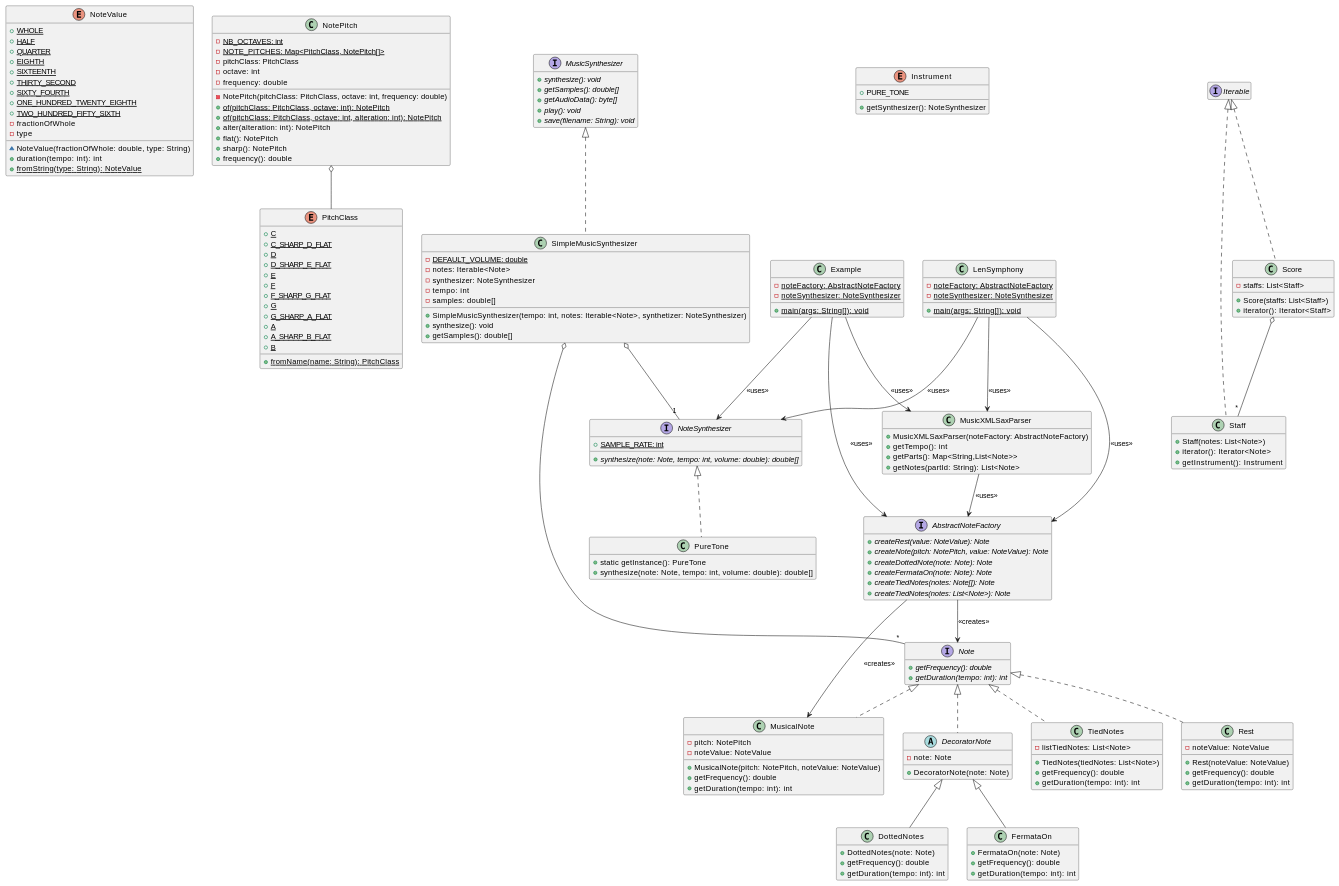
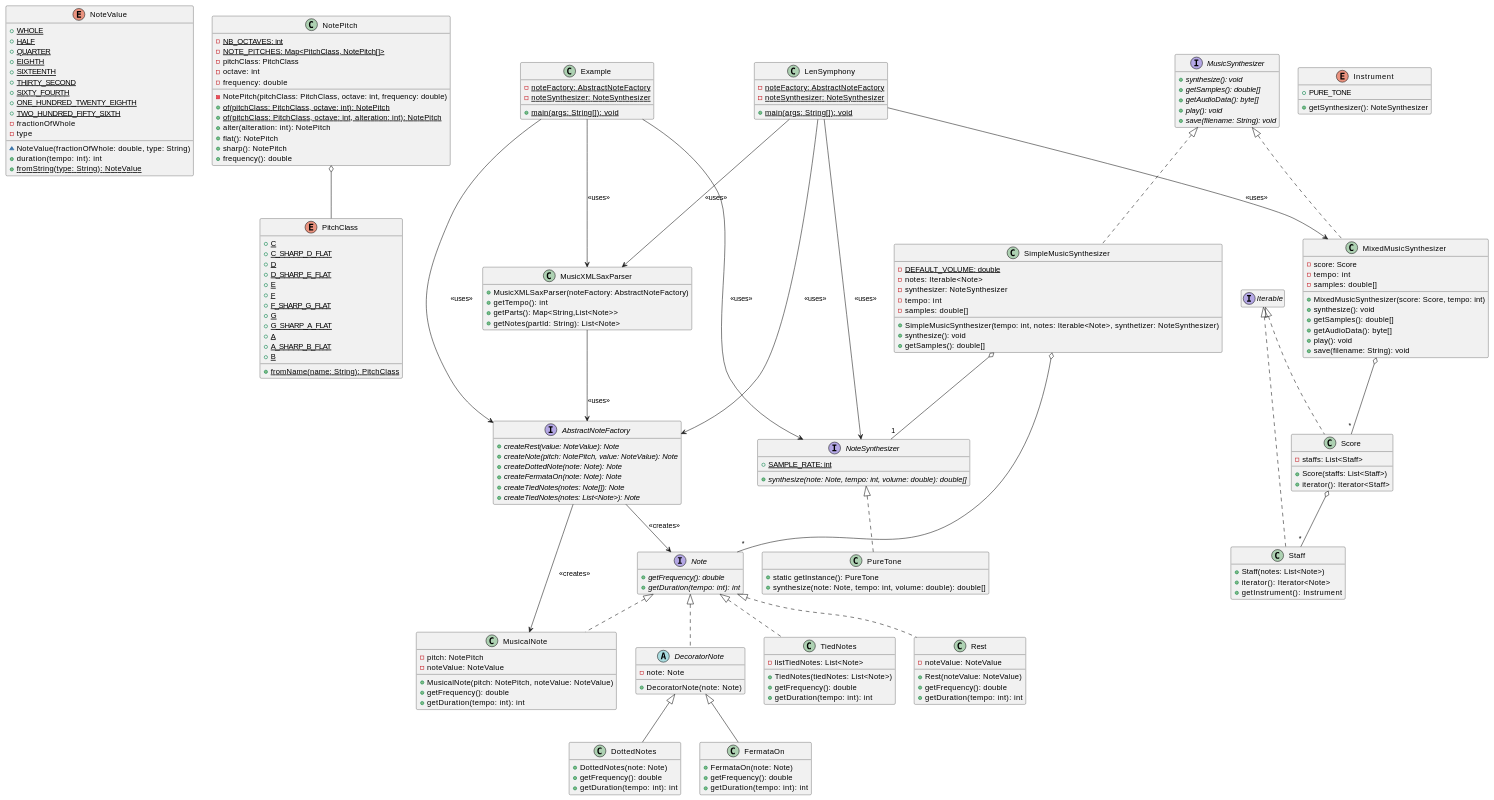
One commit to Flamaiche/lensymphony changed the diagram in README.md. Above: the diagram before and after it, drawn with PlantUML.

Commit message:
màj du diagramme de classe. Ajout de MixedMusicSyntheziser

````diff
--- a/README.md
+++ b/README.md
@@ -180,6 +180,18 @@
     + {abstract} save(filename: String): void
 }
 
+class MixedMusicSynthesizer implements MusicSynthesizer {
+    - score: Score
+    - tempo: int
+    - samples: double[]
+    + MixedMusicSynthesizer(score: Score, tempo: int)
+    + synthesize(): void
+    + getSamples(): double[]
+    + getAudioData(): byte[]
+    + play(): void
+    + save(filename: String): void
+}
+
 class SimpleMusicSynthesizer implements MusicSynthesizer {
     - {static} DEFAULT_VOLUME: double
     - notes: Iterable<Note>
@@ -218,4 +230,8 @@
 LenSymphony --> MusicXMLSaxParser : << uses >>
 LenSymphony --> NoteSynthesizer : << uses >>
 AbstractNoteFactory --> MusicalNote : << creates >>
+
+MixedMusicSynthesizer o-- "*" Score
+LenSymphony --> MixedMusicSynthesizer : << uses >>
+
 ```
````
